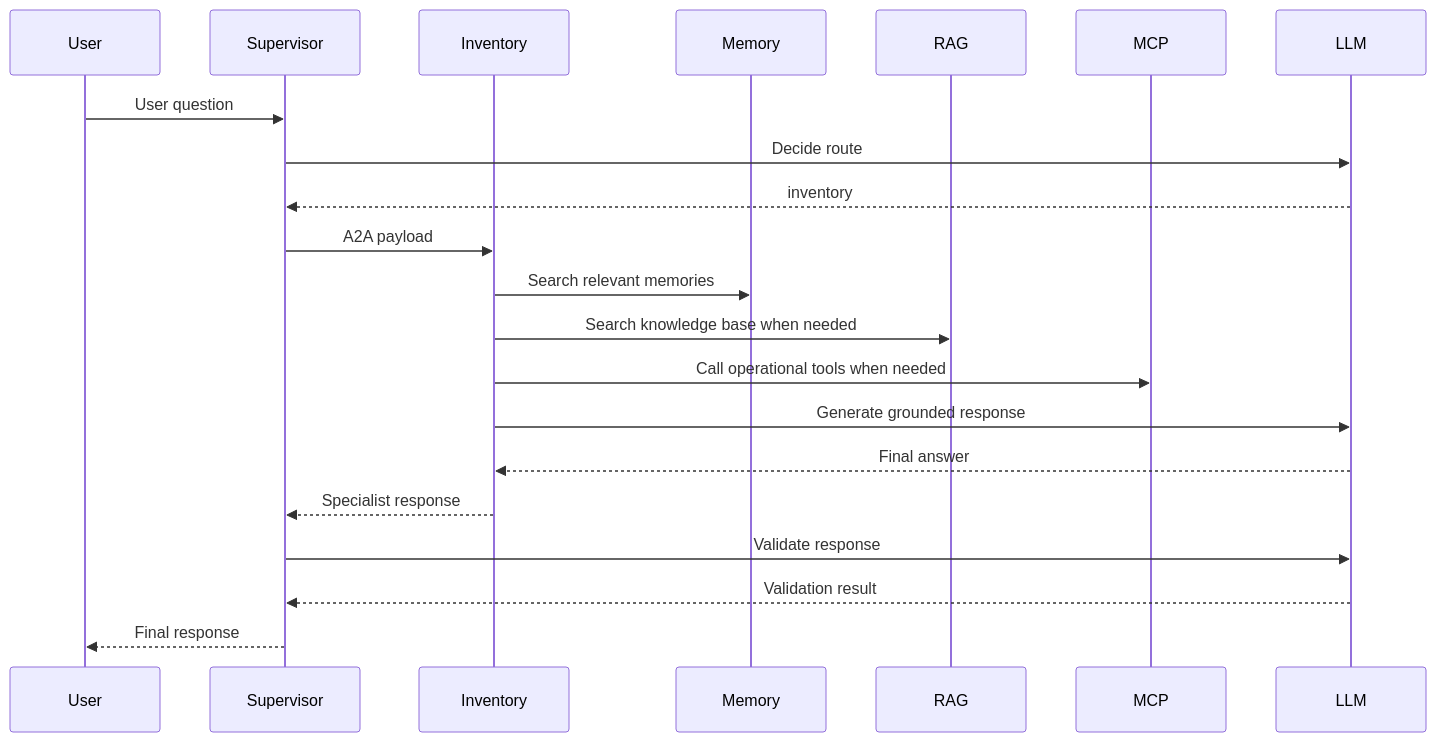
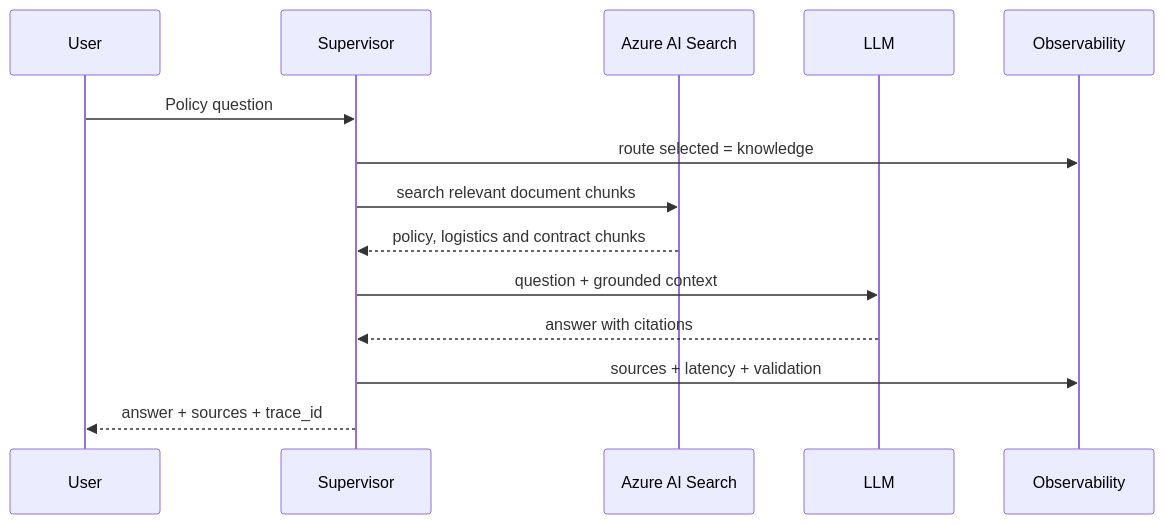
Before and after one commit to cassiofrd/enterprise-ai-agent-platform: the fourth of 5 diagrams in docs/ARCHITECTURE.md, drawn with Mermaid. The commit also changed other lines of this file and 6 other files, not shown here.

````diff
--- a/docs/ARCHITECTURE.md
+++ b/docs/ARCHITECTURE.md
@@ -34,24 +134,17 @@
 ```mermaid
 sequenceDiagram
     participant User
     participant Supervisor
-    participant Inventory
-    participant Memory
-    participant RAG
-    participant MCP
+    participant Search as Azure AI Search
     participant LLM
+    participant Obs as Observability
 
-    User->>Supervisor: User question
-    Supervisor->>LLM: Decide route
-    LLM-->>Supervisor: inventory
-    Supervisor->>Inventory: A2A payload
-    Inventory->>Memory: Search relevant memories
-    Inventory->>RAG: Search knowledge base when needed
-    Inventory->>MCP: Call operational tools when needed
-    Inventory->>LLM: Generate grounded response
-    LLM-->>Inventory: Final answer
-    Inventory-->>Supervisor: Specialist response
-    Supervisor->>LLM: Validate response
-    LLM-->>Supervisor: Validation result
-    Supervisor-->>User: Final response
+    User->>Supervisor: Policy question
+    Supervisor->>Obs: route selected = knowledge
+    Supervisor->>Search: search relevant document chunks
+    Search-->>Supervisor: policy, logistics and contract chunks
+    Supervisor->>LLM: question + grounded context
+    LLM-->>Supervisor: answer with citations
+    Supervisor->>Obs: sources + latency + validation
+    Supervisor-->>User: answer + sources + trace_id
 ```
````
